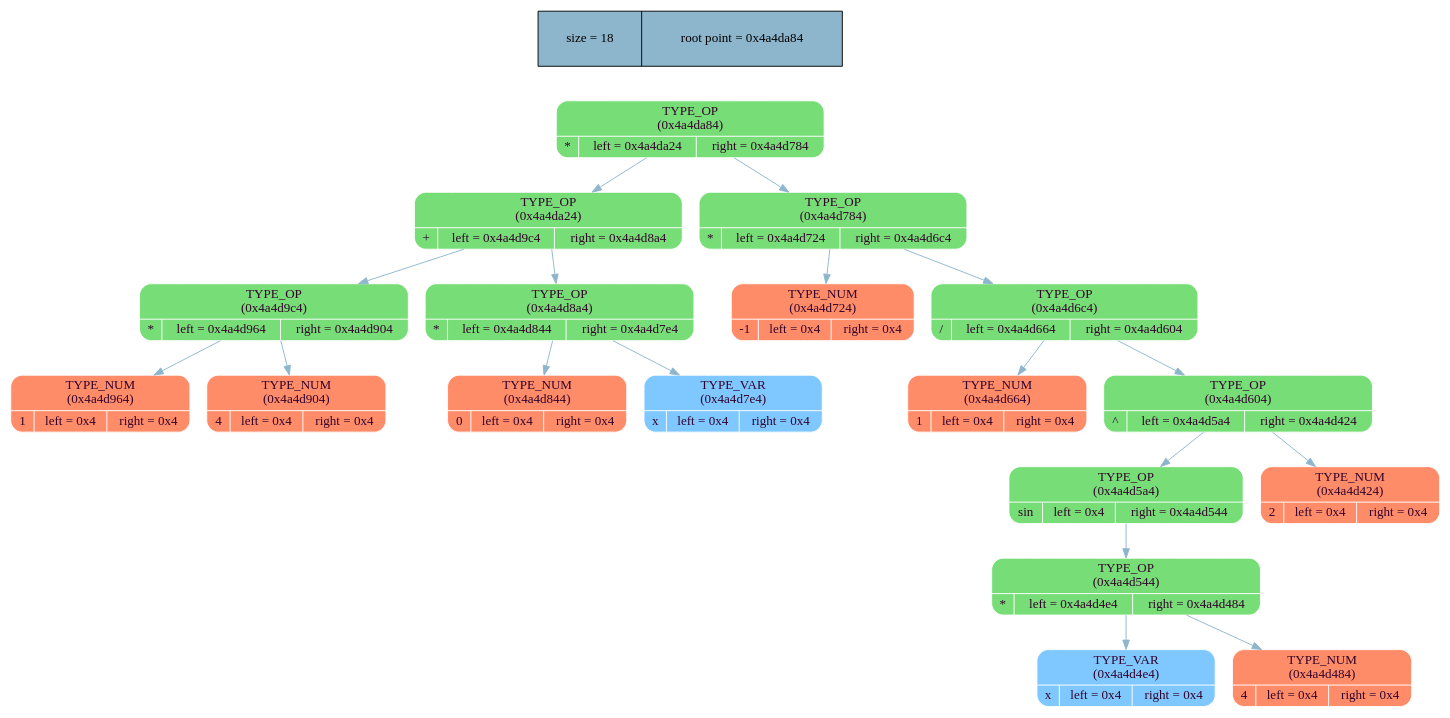
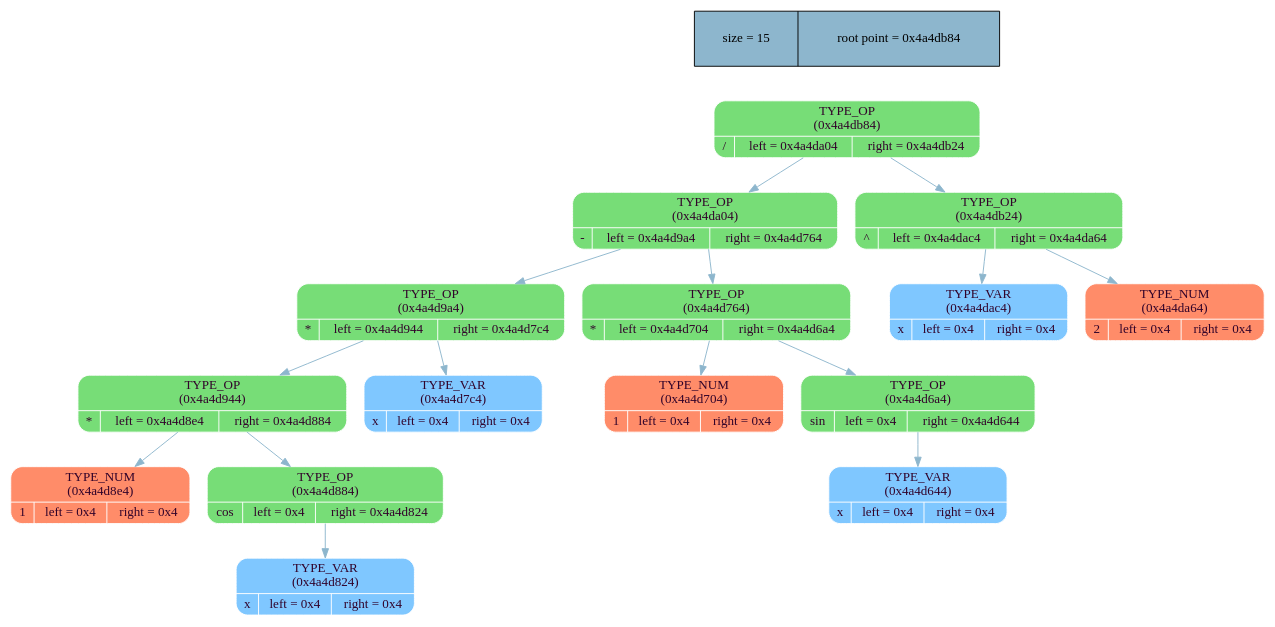
Before and after one commit to MaxGroshev/differentiator: the diagram in dump_info/tree_dump.dot, drawn with Graphviz. The commit also changed 14 other files, not shown here.

```diff
--- a/dump_info/tree_dump.dot
+++ b/dump_info/tree_dump.dot
@@ -1,44 +1,38 @@
 digraph   
 {
 rankdir = ""
 splines = "true"
 
-node_stat [margin = "0.3*0.3", style = "filled", shape = "record", fillcolor = "#8DB6CD" label = " size = 18 | root point = 0x4a4da84"]
+node_stat [margin = "0.3*0.3", style = "filled", shape = "record", fillcolor = "#8DB6CD" label = " size = 15 | root point = 0x4a4db84"]
 {rank = source; node_stat}
 
-node0x4a4da84 [shape = "Mrecord", fillcolor = "#77DD77", style = "filled", fontcolor = "#31032A", fontname = "Calibri", color = "white", label = "{TYPE_OP\n (0x4a4da84)| {* |left = 0x4a4da24 |right = 0x4a4d784}}"]
-node0x4a4da84 -> node0x4a4da24 [color = "#8DB6CD", style = "", constraint = true, fillcolor = "#8DB6CD",   fontcolor = "", fontname = "Calibri", label = ""];
-node0x4a4da24 [shape = "Mrecord", fillcolor = "#77DD77", style = "filled", fontcolor = "#31032A", fontname = "Calibri", color = "white", label = "{TYPE_OP\n (0x4a4da24)| {+ |left = 0x4a4d9c4 |right = 0x4a4d8a4}}"]
-node0x4a4da24 -> node0x4a4d9c4 [color = "#8DB6CD", style = "", constraint = true, fillcolor = "#8DB6CD",   fontcolor = "", fontname = "Calibri", label = ""];
-node0x4a4d9c4 [shape = "Mrecord", fillcolor = "#77DD77", style = "filled", fontcolor = "#31032A", fontname = "Calibri", color = "white", label = "{TYPE_OP\n (0x4a4d9c4)| {* |left = 0x4a4d964 |right = 0x4a4d904}}"]
-node0x4a4d9c4 -> node0x4a4d964 [color = "#8DB6CD", style = "", constraint = true, fillcolor = "#8DB6CD",   fontcolor = "", fontname = "Calibri", label = ""];
-node0x4a4d964 [shape = "Mrecord", fillcolor = "#FF8C69", style = "filled", fontcolor = "#31032A", fontname = "Calibri", color = "white", label = "{TYPE_NUM\n (0x4a4d964)| {1 |left = 0x4 |right = 0x4}}"]
-node0x4a4d9c4 -> node0x4a4d904 [color = "#8DB6CD", style = "", constraint = true, fillcolor = "#8DB6CD",   fontcolor = "", fontname = "Calibri", label = ""];
-node0x4a4d904 [shape = "Mrecord", fillcolor = "#FF8C69", style = "filled", fontcolor = "#31032A", fontname = "Calibri", color = "white", label = "{TYPE_NUM\n (0x4a4d904)| {4 |left = 0x4 |right = 0x4}}"]
-node0x4a4da24 -> node0x4a4d8a4 [color = "#8DB6CD", style = "", constraint = true, fillcolor = "#8DB6CD",   fontcolor = "", fontname = "Calibri", label = ""];
-node0x4a4d8a4 [shape = "Mrecord", fillcolor = "#77DD77", style = "filled", fontcolor = "#31032A", fontname = "Calibri", color = "white", label = "{TYPE_OP\n (0x4a4d8a4)| {* |left = 0x4a4d844 |right = 0x4a4d7e4}}"]
-node0x4a4d8a4 -> node0x4a4d844 [color = "#8DB6CD", style = "", constraint = true, fillcolor = "#8DB6CD",   fontcolor = "", fontname = "Calibri", label = ""];
-node0x4a4d844 [shape = "Mrecord", fillcolor = "#FF8C69", style = "filled", fontcolor = "#31032A", fontname = "Calibri", color = "white", label = "{TYPE_NUM\n (0x4a4d844)| {0 |left = 0x4 |right = 0x4}}"]
-node0x4a4d8a4 -> node0x4a4d7e4 [color = "#8DB6CD", style = "", constraint = true, fillcolor = "#8DB6CD",   fontcolor = "", fontname = "Calibri", label = ""];
-node0x4a4d7e4 [shape = "Mrecord", fillcolor = "#7FC7FF", style = "filled", fontcolor = "#31032A", fontname = "Calibri", color = "white", label = "{TYPE_VAR\n (0x4a4d7e4)| {x |left = 0x4 |right = 0x4}}"]
-node0x4a4da84 -> node0x4a4d784 [color = "#8DB6CD", style = "", constraint = true, fillcolor = "#8DB6CD",   fontcolor = "", fontname = "Calibri", label = ""];
-node0x4a4d784 [shape = "Mrecord", fillcolor = "#77DD77", style = "filled", fontcolor = "#31032A", fontname = "Calibri", color = "white", label = "{TYPE_OP\n (0x4a4d784)| {* |left = 0x4a4d724 |right = 0x4a4d6c4}}"]
-node0x4a4d784 -> node0x4a4d724 [color = "#8DB6CD", style = "", constraint = true, fillcolor = "#8DB6CD",   fontcolor = "", fontname = "Calibri", label = ""];
-node0x4a4d724 [shape = "Mrecord", fillcolor = "#FF8C69", style = "filled", fontcolor = "#31032A", fontname = "Calibri", color = "white", label = "{TYPE_NUM\n (0x4a4d724)| {-1 |left = 0x4 |right = 0x4}}"]
-node0x4a4d784 -> node0x4a4d6c4 [color = "#8DB6CD", style = "", constraint = true, fillcolor = "#8DB6CD",   fontcolor = "", fontname = "Calibri", label = ""];
-node0x4a4d6c4 [shape = "Mrecord", fillcolor = "#77DD77", style = "filled", fontcolor = "#31032A", fontname = "Calibri", color = "white", label = "{TYPE_OP\n (0x4a4d6c4)| {/ |left = 0x4a4d664 |right = 0x4a4d604}}"]
-node0x4a4d6c4 -> node0x4a4d664 [color = "#8DB6CD", style = "", constraint = true, fillcolor = "#8DB6CD",   fontcolor = "", fontname = "Calibri", label = ""];
-node0x4a4d664 [shape = "Mrecord", fillcolor = "#FF8C69", style = "filled", fontcolor = "#31032A", fontname = "Calibri", color = "white", label = "{TYPE_NUM\n (0x4a4d664)| {1 |left = 0x4 |right = 0x4}}"]
-node0x4a4d6c4 -> node0x4a4d604 [color = "#8DB6CD", style = "", constraint = true, fillcolor = "#8DB6CD",   fontcolor = "", fontname = "Calibri", label = ""];
-node0x4a4d604 [shape = "Mrecord", fillcolor = "#77DD77", style = "filled", fontcolor = "#31032A", fontname = "Calibri", color = "white", label = "{TYPE_OP\n (0x4a4d604)| {^ |left = 0x4a4d5a4 |right = 0x4a4d424}}"]
-node0x4a4d604 -> node0x4a4d5a4 [color = "#8DB6CD", style = "", constraint = true, fillcolor = "#8DB6CD",   fontcolor = "", fontname = "Calibri", label = ""];
-node0x4a4d5a4 [shape = "Mrecord", fillcolor = "#77DD77", style = "filled", fontcolor = "#31032A", fontname = "Calibri", color = "white", label = "{TYPE_OP\n (0x4a4d5a4)| {sin |left = 0x4 |right = 0x4a4d544}}"]
-node0x4a4d5a4 -> node0x4a4d544 [color = "#8DB6CD", style = "", constraint = true, fillcolor = "#8DB6CD",   fontcolor = "", fontname = "Calibri", label = ""];
-node0x4a4d544 [shape = "Mrecord", fillcolor = "#77DD77", style = "filled", fontcolor = "#31032A", fontname = "Calibri", color = "white", label = "{TYPE_OP\n (0x4a4d544)| {* |left = 0x4a4d4e4 |right = 0x4a4d484}}"]
-node0x4a4d544 -> node0x4a4d4e4 [color = "#8DB6CD", style = "", constraint = true, fillcolor = "#8DB6CD",   fontcolor = "", fontname = "Calibri", label = ""];
-node0x4a4d4e4 [shape = "Mrecord", fillcolor = "#7FC7FF", style = "filled", fontcolor = "#31032A", fontname = "Calibri", color = "white", label = "{TYPE_VAR\n (0x4a4d4e4)| {x |left = 0x4 |right = 0x4}}"]
-node0x4a4d544 -> node0x4a4d484 [color = "#8DB6CD", style = "", constraint = true, fillcolor = "#8DB6CD",   fontcolor = "", fontname = "Calibri", label = ""];
-node0x4a4d484 [shape = "Mrecord", fillcolor = "#FF8C69", style = "filled", fontcolor = "#31032A", fontname = "Calibri", color = "white", label = "{TYPE_NUM\n (0x4a4d484)| {4 |left = 0x4 |right = 0x4}}"]
-node0x4a4d604 -> node0x4a4d424 [color = "#8DB6CD", style = "", constraint = true, fillcolor = "#8DB6CD",   fontcolor = "", fontname = "Calibri", label = ""];
-node0x4a4d424 [shape = "Mrecord", fillcolor = "#FF8C69", style = "filled", fontcolor = "#31032A", fontname = "Calibri", color = "white", label = "{TYPE_NUM\n (0x4a4d424)| {2 |left = 0x4 |right = 0x4}}"]
+node0x4a4db84 [shape = "Mrecord", fillcolor = "#77DD77", style = "filled", fontcolor = "#31032A", fontname = "Calibri", color = "white", label = "{TYPE_OP\n (0x4a4db84)| {/ |left = 0x4a4da04 |right = 0x4a4db24}}"]
+node0x4a4db84 -> node0x4a4da04 [color = "#8DB6CD", style = "", constraint = true, fillcolor = "#8DB6CD",   fontcolor = "", fontname = "Calibri", label = ""];
+node0x4a4da04 [shape = "Mrecord", fillcolor = "#77DD77", style = "filled", fontcolor = "#31032A", fontname = "Calibri", color = "white", label = "{TYPE_OP\n (0x4a4da04)| {- |left = 0x4a4d9a4 |right = 0x4a4d764}}"]
+node0x4a4da04 -> node0x4a4d9a4 [color = "#8DB6CD", style = "", constraint = true, fillcolor = "#8DB6CD",   fontcolor = "", fontname = "Calibri", label = ""];
+node0x4a4d9a4 [shape = "Mrecord", fillcolor = "#77DD77", style = "filled", fontcolor = "#31032A", fontname = "Calibri", color = "white", label = "{TYPE_OP\n (0x4a4d9a4)| {* |left = 0x4a4d944 |right = 0x4a4d7c4}}"]
+node0x4a4d9a4 -> node0x4a4d944 [color = "#8DB6CD", style = "", constraint = true, fillcolor = "#8DB6CD",   fontcolor = "", fontname = "Calibri", label = ""];
+node0x4a4d944 [shape = "Mrecord", fillcolor = "#77DD77", style = "filled", fontcolor = "#31032A", fontname = "Calibri", color = "white", label = "{TYPE_OP\n (0x4a4d944)| {* |left = 0x4a4d8e4 |right = 0x4a4d884}}"]
+node0x4a4d944 -> node0x4a4d8e4 [color = "#8DB6CD", style = "", constraint = true, fillcolor = "#8DB6CD",   fontcolor = "", fontname = "Calibri", label = ""];
+node0x4a4d8e4 [shape = "Mrecord", fillcolor = "#FF8C69", style = "filled", fontcolor = "#31032A", fontname = "Calibri", color = "white", label = "{TYPE_NUM\n (0x4a4d8e4)| {1 |left = 0x4 |right = 0x4}}"]
+node0x4a4d944 -> node0x4a4d884 [color = "#8DB6CD", style = "", constraint = true, fillcolor = "#8DB6CD",   fontcolor = "", fontname = "Calibri", label = ""];
+node0x4a4d884 [shape = "Mrecord", fillcolor = "#77DD77", style = "filled", fontcolor = "#31032A", fontname = "Calibri", color = "white", label = "{TYPE_OP\n (0x4a4d884)| {cos |left = 0x4 |right = 0x4a4d824}}"]
+node0x4a4d884 -> node0x4a4d824 [color = "#8DB6CD", style = "", constraint = true, fillcolor = "#8DB6CD",   fontcolor = "", fontname = "Calibri", label = ""];
+node0x4a4d824 [shape = "Mrecord", fillcolor = "#7FC7FF", style = "filled", fontcolor = "#31032A", fontname = "Calibri", color = "white", label = "{TYPE_VAR\n (0x4a4d824)| {x |left = 0x4 |right = 0x4}}"]
+node0x4a4d9a4 -> node0x4a4d7c4 [color = "#8DB6CD", style = "", constraint = true, fillcolor = "#8DB6CD",   fontcolor = "", fontname = "Calibri", label = ""];
+node0x4a4d7c4 [shape = "Mrecord", fillcolor = "#7FC7FF", style = "filled", fontcolor = "#31032A", fontname = "Calibri", color = "white", label = "{TYPE_VAR\n (0x4a4d7c4)| {x |left = 0x4 |right = 0x4}}"]
+node0x4a4da04 -> node0x4a4d764 [color = "#8DB6CD", style = "", constraint = true, fillcolor = "#8DB6CD",   fontcolor = "", fontname = "Calibri", label = ""];
+node0x4a4d764 [shape = "Mrecord", fillcolor = "#77DD77", style = "filled", fontcolor = "#31032A", fontname = "Calibri", color = "white", label = "{TYPE_OP\n (0x4a4d764)| {* |left = 0x4a4d704 |right = 0x4a4d6a4}}"]
+node0x4a4d764 -> node0x4a4d704 [color = "#8DB6CD", style = "", constraint = true, fillcolor = "#8DB6CD",   fontcolor = "", fontname = "Calibri", label = ""];
+node0x4a4d704 [shape = "Mrecord", fillcolor = "#FF8C69", style = "filled", fontcolor = "#31032A", fontname = "Calibri", color = "white", label = "{TYPE_NUM\n (0x4a4d704)| {1 |left = 0x4 |right = 0x4}}"]
+node0x4a4d764 -> node0x4a4d6a4 [color = "#8DB6CD", style = "", constraint = true, fillcolor = "#8DB6CD",   fontcolor = "", fontname = "Calibri", label = ""];
+node0x4a4d6a4 [shape = "Mrecord", fillcolor = "#77DD77", style = "filled", fontcolor = "#31032A", fontname = "Calibri", color = "white", label = "{TYPE_OP\n (0x4a4d6a4)| {sin |left = 0x4 |right = 0x4a4d644}}"]
+node0x4a4d6a4 -> node0x4a4d644 [color = "#8DB6CD", style = "", constraint = true, fillcolor = "#8DB6CD",   fontcolor = "", fontname = "Calibri", label = ""];
+node0x4a4d644 [shape = "Mrecord", fillcolor = "#7FC7FF", style = "filled", fontcolor = "#31032A", fontname = "Calibri", color = "white", label = "{TYPE_VAR\n (0x4a4d644)| {x |left = 0x4 |right = 0x4}}"]
+node0x4a4db84 -> node0x4a4db24 [color = "#8DB6CD", style = "", constraint = true, fillcolor = "#8DB6CD",   fontcolor = "", fontname = "Calibri", label = ""];
+node0x4a4db24 [shape = "Mrecord", fillcolor = "#77DD77", style = "filled", fontcolor = "#31032A", fontname = "Calibri", color = "white", label = "{TYPE_OP\n (0x4a4db24)| {^ |left = 0x4a4dac4 |right = 0x4a4da64}}"]
+node0x4a4db24 -> node0x4a4dac4 [color = "#8DB6CD", style = "", constraint = true, fillcolor = "#8DB6CD",   fontcolor = "", fontname = "Calibri", label = ""];
+node0x4a4dac4 [shape = "Mrecord", fillcolor = "#7FC7FF", style = "filled", fontcolor = "#31032A", fontname = "Calibri", color = "white", label = "{TYPE_VAR\n (0x4a4dac4)| {x |left = 0x4 |right = 0x4}}"]
+node0x4a4db24 -> node0x4a4da64 [color = "#8DB6CD", style = "", constraint = true, fillcolor = "#8DB6CD",   fontcolor = "", fontname = "Calibri", label = ""];
+node0x4a4da64 [shape = "Mrecord", fillcolor = "#FF8C69", style = "filled", fontcolor = "#31032A", fontname = "Calibri", color = "white", label = "{TYPE_NUM\n (0x4a4da64)| {2 |left = 0x4 |right = 0x4}}"]
 }
```
